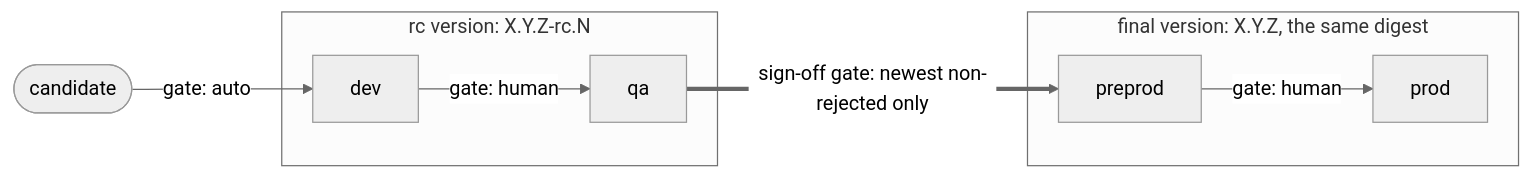
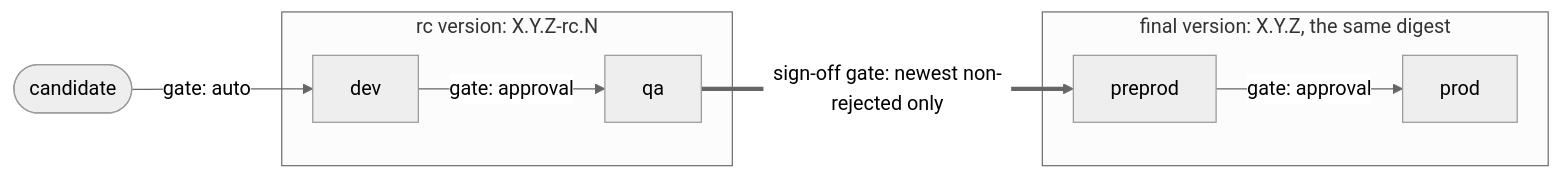
The third of 8 diagrams in docs/architecture/release-model.md (gora-tools/gora), drawn with Mermaid (neutral theme) before and after one commit. The commit also changed other lines of this file and 11 other files, not shown here.

````diff
--- a/docs/architecture/release-model.md
+++ b/docs/architecture/release-model.md
@@ -98,16 +103,16 @@
 ```mermaid
 flowchart LR
   C(["candidate"])
   subgraph RC["rc version: X.Y.Z-rc.N"]
     DEV["dev"]
     QA["qa"]
   end
   subgraph FINAL["final version: X.Y.Z, the same digest"]
     PRE["preprod"]
     PROD["prod"]
   end
   C -->|"gate: auto"| DEV
-  DEV -->|"gate: human"| QA
+  DEV -->|"gate: approval"| QA
   QA ==>|"sign-off gate: newest non-rejected only"| PRE
-  PRE -->|"gate: human"| PROD
+  PRE -->|"gate: approval"| PROD
 ```
````
